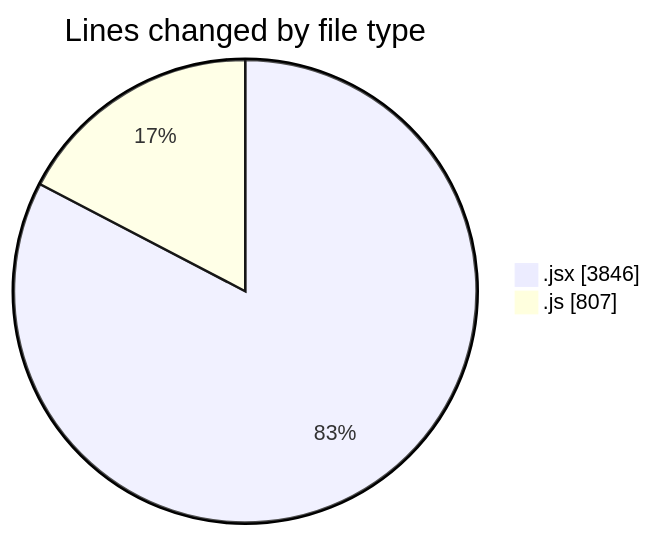
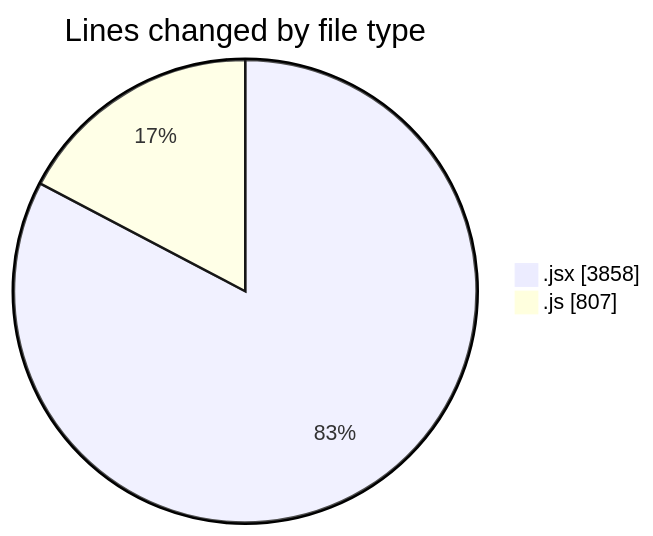
Before and after one commit to nxtqubesakshisongat/code-tracking: the first of 2 diagrams in 2025-07-14/argos/README.md, drawn with Mermaid. The commit also changed other lines of this file and 1 other file, not shown here.

````diff
--- a/2025-07-14/argos/README.md
+++ b/2025-07-14/argos/README.md
@@ -28,6 +28,6 @@
 ```mermaid
 pie showData
 title Lines changed by file type
-".jsx" : 3846
+".jsx" : 3858
 ".js" : 807
 ```
````
